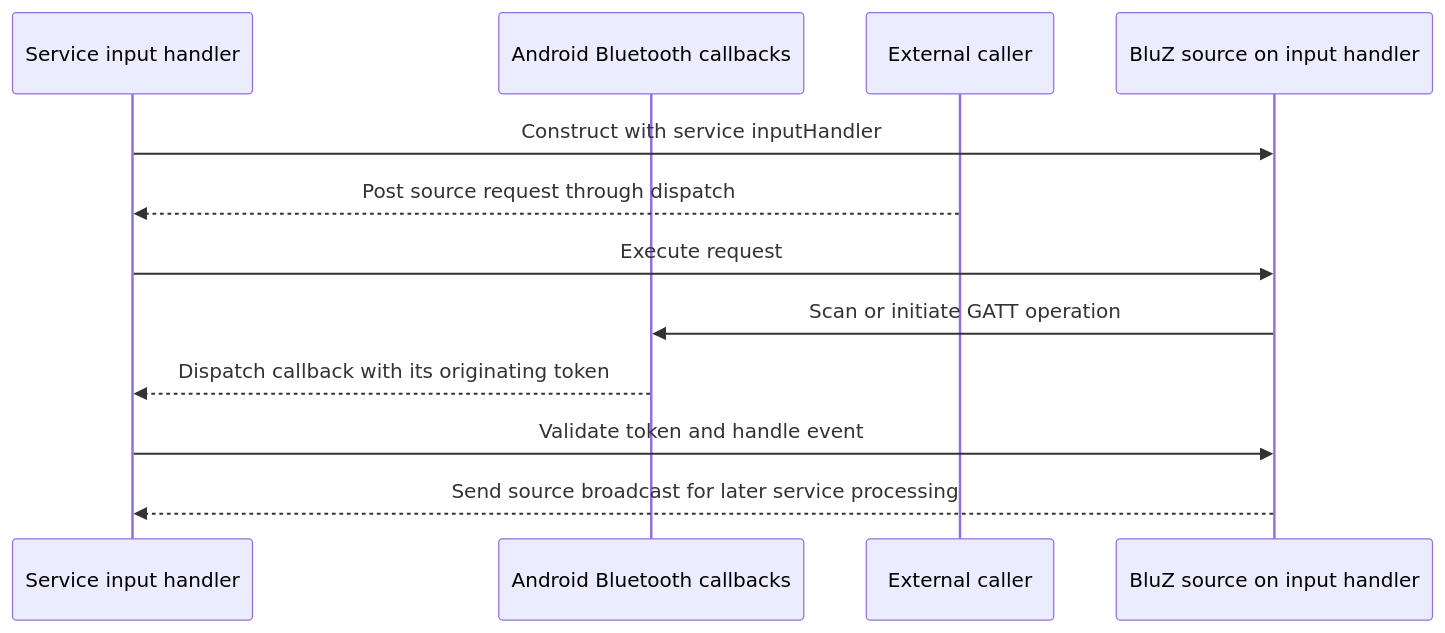
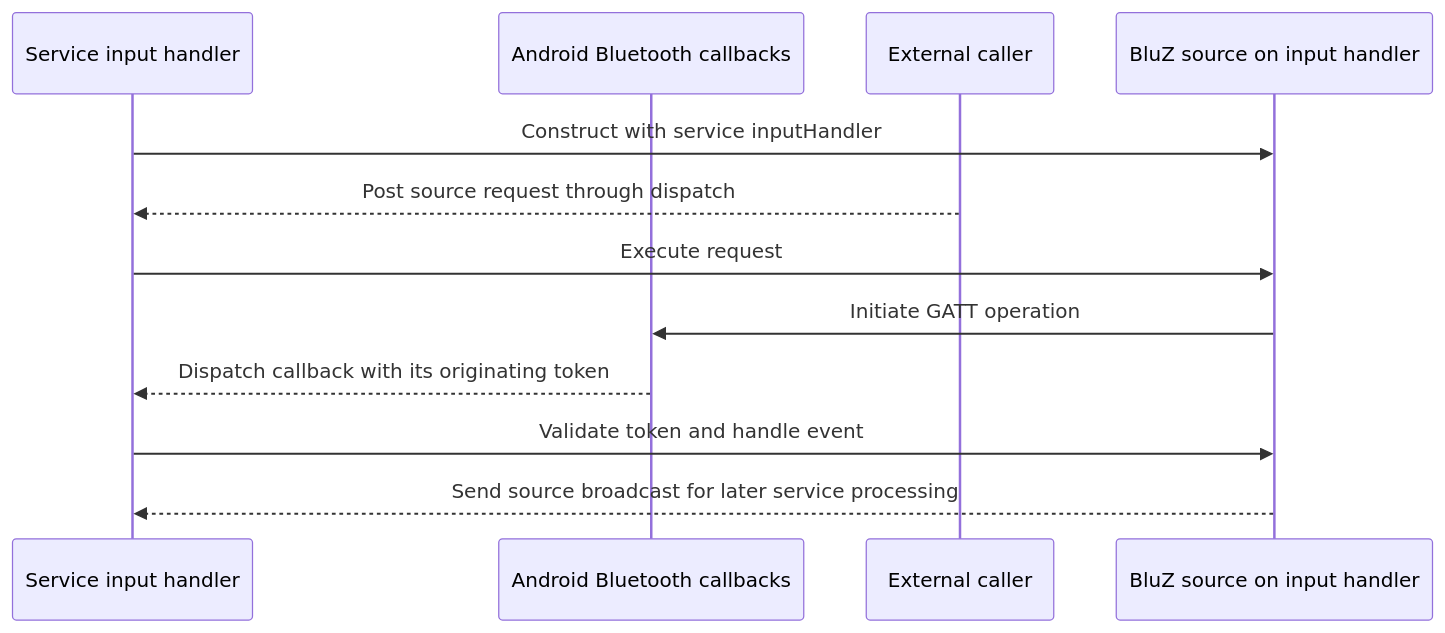
Before and after one commit to Am6er/AtomSpectra: the first of 8 diagrams in docs/bluz-threading.md, drawn with Mermaid. The commit also changed other lines of this file and 5 other files, not shown here.

````diff
--- a/docs/bluz-threading.md
+++ b/docs/bluz-threading.md
@@ -34,14 +33,14 @@
 ```mermaid
 sequenceDiagram
     participant Service as Service input handler
     participant Android as Android Bluetooth callbacks
     participant Caller as External caller
     participant Source as BluZ source on input handler
     Service->>Source: Construct with service inputHandler
     Caller-->>Service: Post source request through dispatch
     Service->>Source: Execute request
-    Source->>Android: Scan or initiate GATT operation
+    Source->>Android: Initiate GATT operation
     Android-->>Service: Dispatch callback with its originating token
     Service->>Source: Validate token and handle event
     Source-->>Service: Send source broadcast for later service processing
 ```
````
